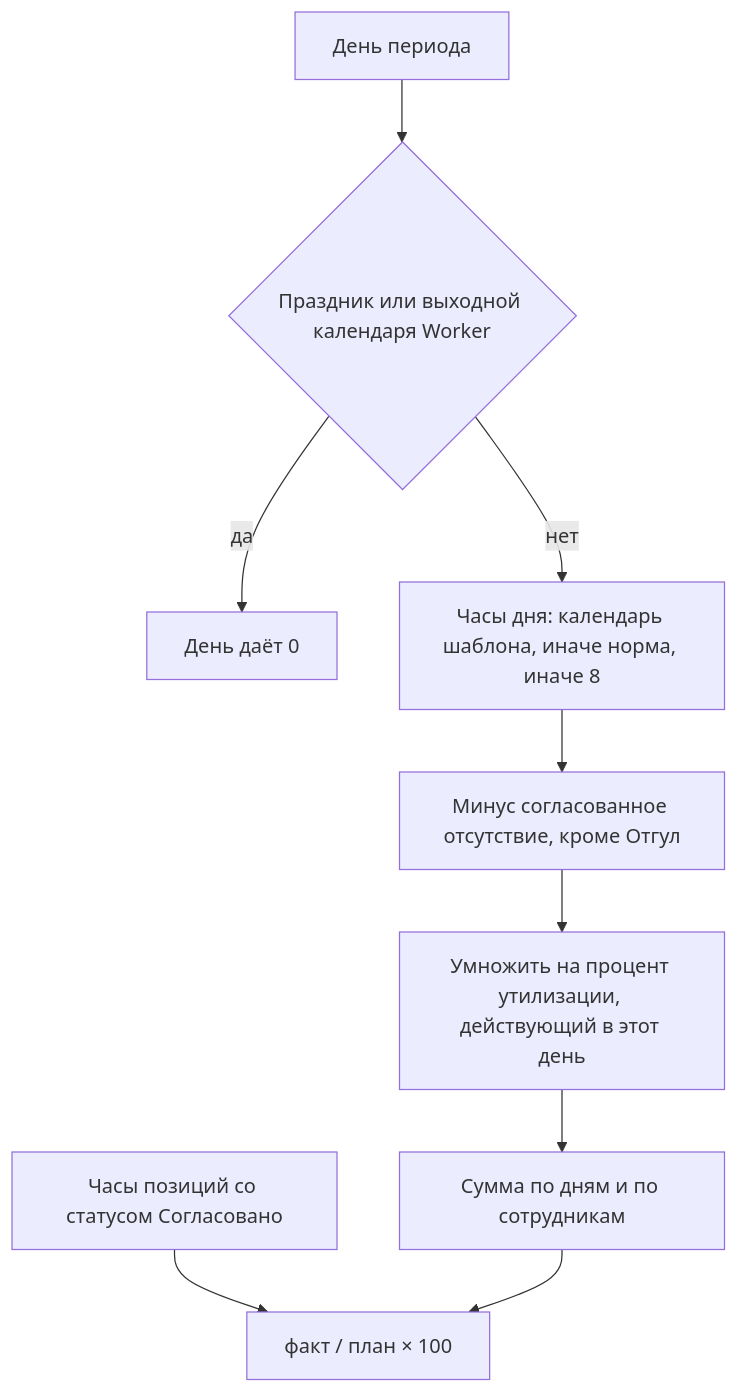
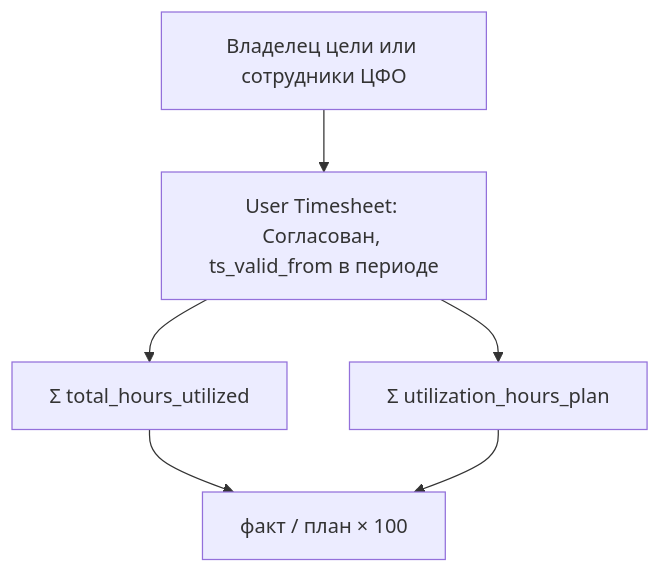
One commit to Dinext-pro/dinext-goals changed the second of 3 diagrams in README.md. Above: the diagram before and after it, drawn with Mermaid. The commit also changed other lines of this file and 19 other files, not shown here.

````diff
--- a/README.md
+++ b/README.md
@@ -114,11 +111,8 @@
 ```mermaid
 flowchart TB
-  Day["День периода"] --> Holiday{"Праздник или выходной календаря Worker"}
-  Holiday -->|да| Skip["День даёт 0"]
-  Holiday -->|нет| Hours["Часы дня: календарь шаблона, иначе норма, иначе 8"]
-  Hours --> Leave["Минус согласованное отсутствие, кроме Отгул"]
-  Leave --> Rate["Умножить на процент утилизации, действующий в этот день"]
-  Rate --> Sum["Сумма по дням и по сотрудникам"]
-  Fact["Часы позиций со статусом Согласовано"] --> Ratio["факт / план × 100"]
-  Sum --> Ratio
+  Scope["Владелец цели или сотрудники ЦФО"] --> Sheets["User Timesheet: Согласован, ts_valid_from в периоде"]
+  Sheets --> Utilized["Σ total_hours_utilized"]
+  Sheets --> Plan["Σ utilization_hours_plan"]
+  Utilized --> Ratio["факт / план × 100"]
+  Plan --> Ratio
 ```
````
